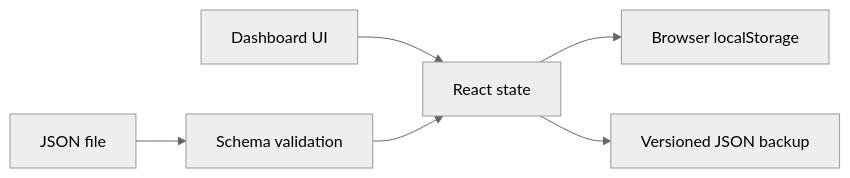
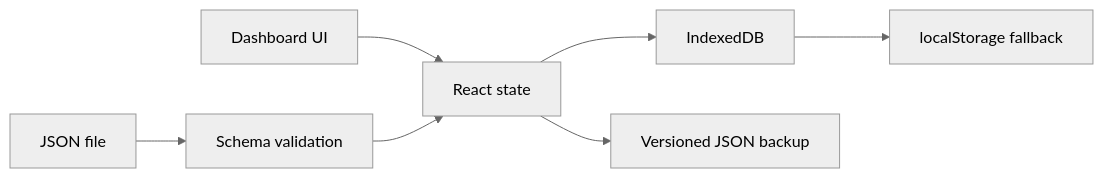
The diagram in docs/ARCHITECTURE.md (tqt97/taskboard-focus), drawn with Mermaid (neutral theme) before and after one commit. The commit also changed other lines of this file and 12 other files, not shown here.

````diff
--- a/docs/ARCHITECTURE.md
+++ b/docs/ARCHITECTURE.md
@@ -45,8 +47,9 @@
 ```mermaid
 flowchart LR
  UI[Dashboard UI] --> State[React state]
- State --> Local[Browser localStorage]
+ State --> Local[IndexedDB]
+ Local --> Fallback[localStorage fallback]
  State --> Export[Versioned JSON backup]
  Import[JSON file] --> Validate[Schema validation]
  Validate --> State
 ```
````
